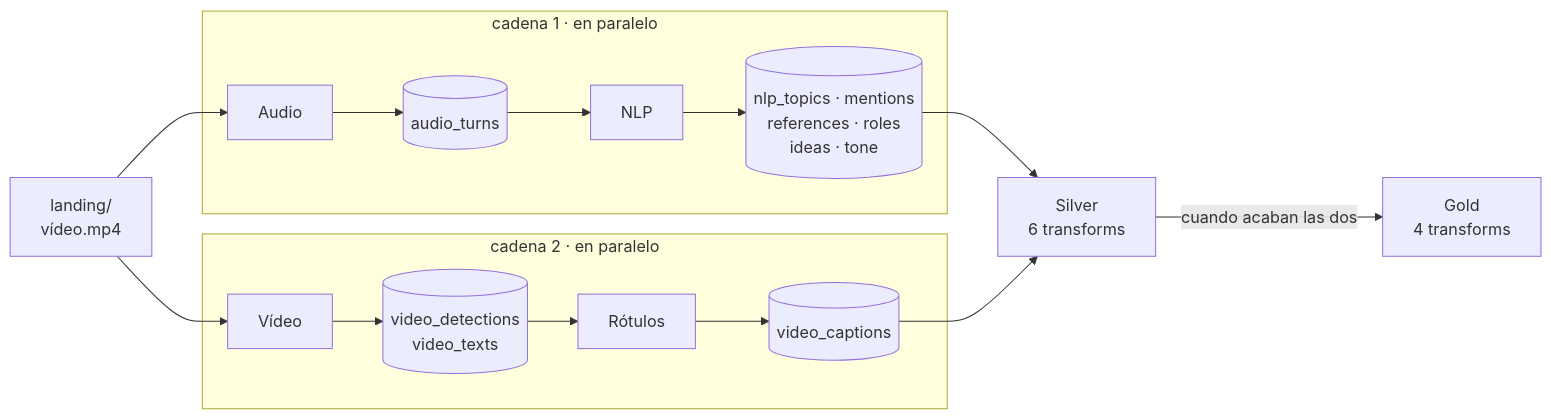
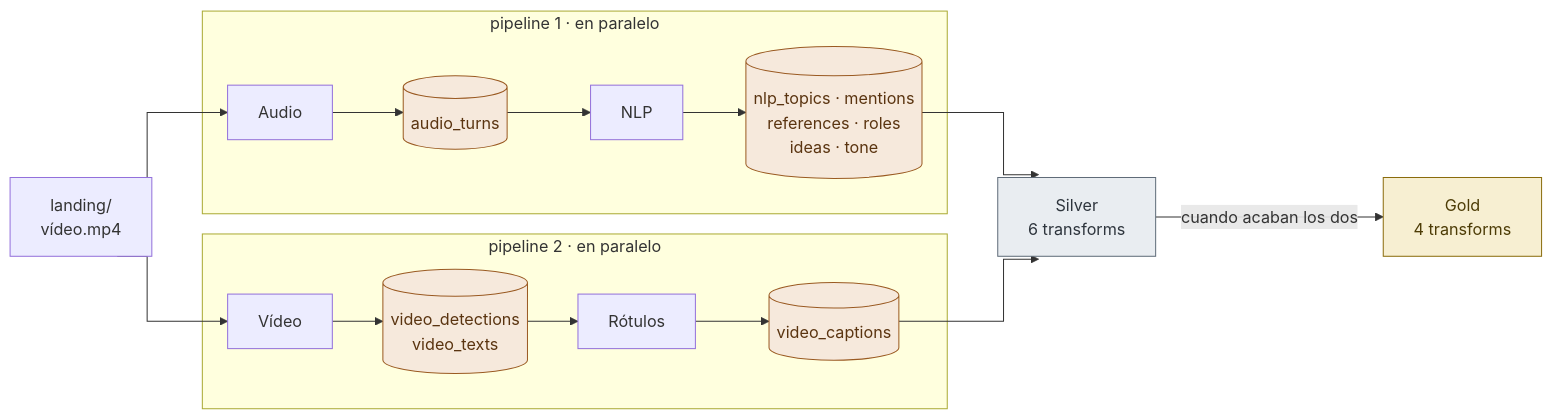
One commit to ComunidadIA-OS/attention-is-all-she-needs changed the first of 3 diagrams in ARCHITECTURE.md. Above: the diagram before and after it, drawn with Mermaid. The commit also changed other lines of this file, not shown here.

Commit message:
docs: correct text architecture

````diff
--- a/ARCHITECTURE.md
+++ b/ARCHITECTURE.md
@@ -34,15 +34,22 @@
 ```mermaid
+%%{init: {"flowchart": {"curve": "step"}}}%%
 flowchart LR
     L["landing/<br/>vídeo.mp4"]
-    subgraph C1["cadena 1 · en paralelo"]
+    subgraph C1["pipeline 1 · en paralelo"]
         A[Audio] --> AT[(audio_turns)] --> N[NLP] --> NT[("nlp_topics · mentions<br/>references · roles<br/>ideas · tone")]
     end
-    subgraph C2["cadena 2 · en paralelo"]
+    subgraph C2["pipeline 2 · en paralelo"]
         V[Vídeo] --> VT[("video_detections<br/>video_texts")] --> R[Rótulos] --> RT[(video_captions)]
     end
     L --> A
     L --> V
     NT --> S["Silver<br/>6 transforms"]
     RT --> S
-    S -- cuando acaban las dos --> G["Gold<br/>4 transforms"]
+    S -- cuando acaban los dos --> G["Gold<br/>4 transforms"]
+    classDef bronze fill:#f6e9dc,stroke:#9a5a22,color:#5a3410
+    classDef silver fill:#e9edf1,stroke:#5f6b78,color:#2e353d
+    classDef gold fill:#f7efd2,stroke:#8a6b0c,color:#4d3c06
+    class AT,NT,VT,RT bronze
+    class S silver
+    class G gold
 ```
````
